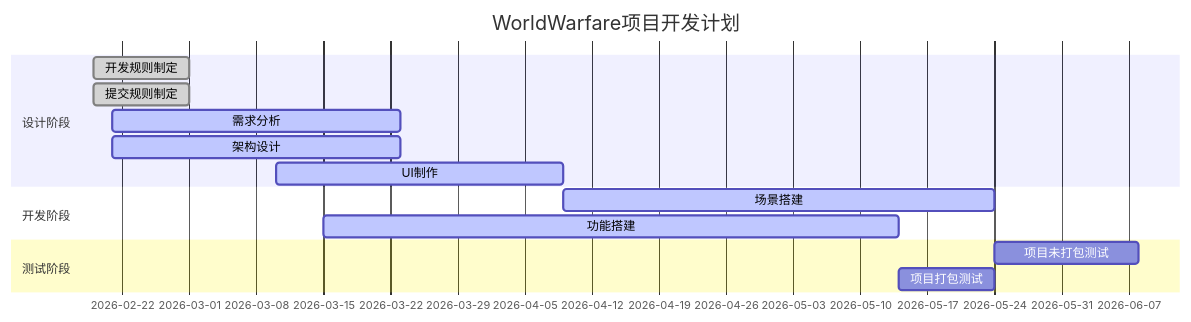
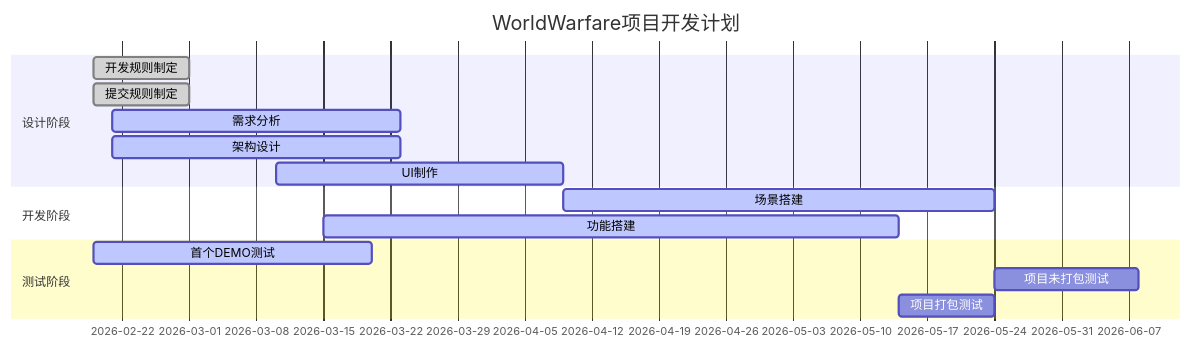
Before and after one commit to xuhongchaoVSgaoyuanhui/WorldWarfare: the diagram in README.md, drawn with Mermaid.

Commit message:
⚠️”提交规则和布局更新“
无

````diff
--- a/README.md
+++ b/README.md
@@ -67,17 +67,18 @@
 ```mermaid
 gantt
     title WorldWarfare项目开发计划
     dateFormat  YYYY-MM-DD
     section 设计阶段
     开发规则制定 : done, des1, 2026-02-19, 10d
     提交规则制定 : done, des1, 2026-02-19, 10d
     需求分析   :active,    des1, 2026-02-21, 30d
     架构设计   :active,    des3, 2026-2-21, 30d
     UI制作   :active,    des2, 2026-03-10, 30d
     section 开发阶段
     场景搭建:active, dev1, after des2, 45d
     功能搭建:active, dev2, 2026-03-15, 60d
     section 测试阶段
+    首个DEMO测试:active,est3, 2026-02-19, 2026-03-20
     项目未打包测试:test1, after dev1, 15d
     项目打包测试:test2, after dev2, 10d
 ```
````
